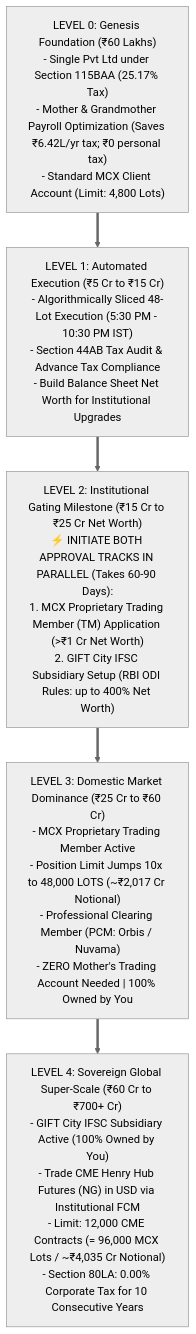
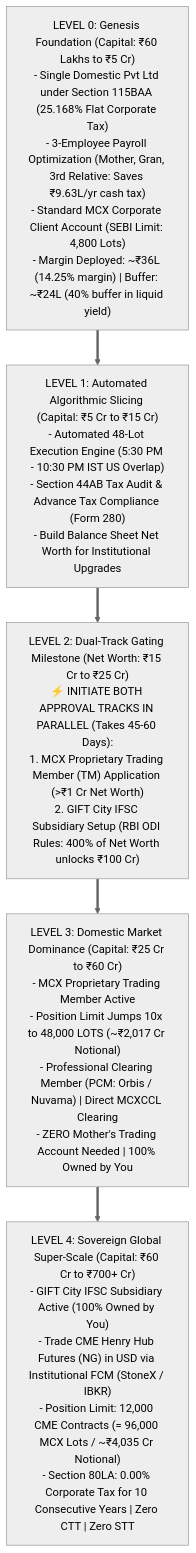
One commit to yieldchaser/mcx-margins changed the first of 11 diagrams in models/execution_and_tax_validation_plan.md. Above: the diagram before and after it, drawn with Mermaid (neutral theme). The commit also changed other lines of this file and 1 other file, not shown here.

Commit message:
docs: finalize end-to-end Master Institutional Blueprint with complete tax, MCX capacity, and GIFT City analytics

````diff
--- a/models/execution_and_tax_validation_plan.md
+++ b/models/execution_and_tax_validation_plan.md
@@ -9,14 +25,32 @@
 ```mermaid
 flowchart TD
-    L0["LEVEL 0: Genesis Foundation (₹60 Lakhs)\n- Single Pvt Ltd under Section 115BAA (25.17% Tax)\n- Mother & Grandmother Payroll Optimization (Saves ₹6.42L/yr tax; ₹0 personal tax)\n- Standard MCX Client Account (Limit: 4,800 Lots)"]
+    L0["LEVEL 0: Genesis Foundation (Capital: ₹60 Lakhs to ₹5 Cr)
+- Single Domestic Pvt Ltd under Section 115BAA (25.168% Flat Corporate Tax)
+- 3-Employee Payroll Optimization (Mother, Gran, 3rd Relative: Saves ₹9.63L/yr cash tax)
+- Standard MCX Corporate Client Account (SEBI Limit: 4,800 Lots)
+- Margin Deployed: ~₹36L (14.25% margin) | Buffer: ~₹24L (40% buffer in liquid yield)"]
     
-    L1["LEVEL 1: Automated Execution (₹5 Cr to ₹15 Cr)\n- Algorithmically Sliced 48-Lot Execution (5:30 PM - 10:30 PM IST)\n- Section 44AB Tax Audit & Advance Tax Compliance\n- Build Balance Sheet Net Worth for Institutional Upgrades"]
+    L1["LEVEL 1: Automated Algorithmic Slicing (Capital: ₹5 Cr to ₹15 Cr)
+- Automated 48-Lot Execution Engine (5:30 PM - 10:30 PM IST US Overlap)
+- Section 44AB Tax Audit & Advance Tax Compliance (Form 280)
+- Build Balance Sheet Net Worth for Institutional Upgrades"]
     
-    L2["LEVEL 2: Institutional Gating Milestone (₹15 Cr to ₹25 Cr Net Worth)\n⚡ INITIATE BOTH APPROVAL TRACKS IN PARALLEL (Takes 60-90 Days):\n1. MCX Proprietary Trading Member (TM) Application (>₹1 Cr Net Worth)\n2. GIFT City IFSC Subsidiary Setup (RBI ODI Rules: up to 400% Net Worth)"]
+    L2["LEVEL 2: Dual-Track Gating Milestone (Net Worth: ₹15 Cr to ₹25 Cr)
+⚡ INITIATE BOTH APPROVAL TRACKS IN PARALLEL (Takes 45-60 Days):
+1. MCX Proprietary Trading Member (TM) Application (>₹1 Cr Net Worth)
+2. GIFT City IFSC Subsidiary Setup (RBI ODI Rules: 400% of Net Worth unlocks ₹100 Cr)"]
     
-    L3["LEVEL 3: Domestic Market Dominance (₹25 Cr to ₹60 Cr)\n- MCX Proprietary Trading Member Active\n- Position Limit Jumps 10x to 48,000 LOTS (~₹2,017 Cr Notional)\n- Professional Clearing Member (PCM: Orbis / Nuvama)\n- ZERO Mother's Trading Account Needed | 100% Owned by You"]
+    L3["LEVEL 3: Domestic Market Dominance (Capital: ₹25 Cr to ₹60 Cr)
+- MCX Proprietary Trading Member Active
+- Position Limit Jumps 10x to 48,000 LOTS (~₹2,017 Cr Notional)
+- Professional Clearing Member (PCM: Orbis / Nuvama) | Direct MCXCCL Clearing
+- ZERO Mother's Trading Account Needed | 100% Owned by You"]
     
-    L4["LEVEL 4: Sovereign Global Super-Scale (₹60 Cr to ₹700+ Cr)\n- GIFT City IFSC Subsidiary Active (100% Owned by You)\n- Trade CME Henry Hub Futures (NG) in USD via Institutional FCM\n- Limit: 12,000 CME Contracts (= 96,000 MCX Lots / ~₹4,035 Cr Notional)\n- Section 80LA: 0.00% Corporate Tax for 10 Consecutive Years"]
+    L4["LEVEL 4: Sovereign Global Super-Scale (Capital: ₹60 Cr to ₹700+ Cr)
+- GIFT City IFSC Subsidiary Active (100% Owned by You)
+- Trade CME Henry Hub Futures (NG) in USD via Institutional FCM (StoneX / IBKR)
+- Position Limit: 12,000 CME Contracts (= 96,000 MCX Lots / ~₹4,035 Cr Notional)
+- Section 80LA: 0.00% Corporate Tax for 10 Consecutive Years | Zero CTT | Zero STT"]
 
     L0 ==> L1 ==> L2 ==> L3 ==> L4
 ```
````
